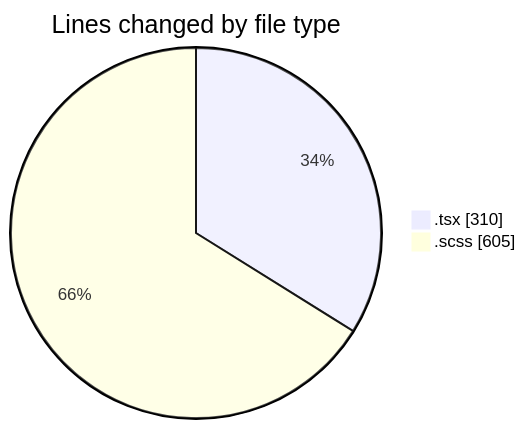
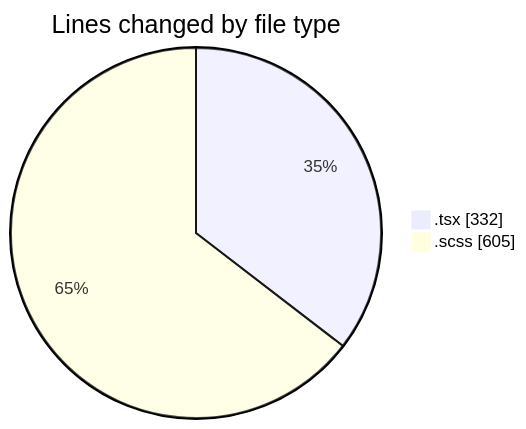
One commit to momahboobian/code-tracking changed the first of 2 diagrams in 2025-03-27/cda/README.md. Above: the diagram before and after it, drawn with Mermaid. The commit also changed other lines of this file and 1 other file, not shown here.

````diff
--- a/2025-03-27/cda/README.md
+++ b/2025-03-27/cda/README.md
@@ -21,6 +21,6 @@
 ```mermaid
 pie showData
 title Lines changed by file type
-".tsx" : 310
+".tsx" : 332
 ".scss" : 605
 ```
````
